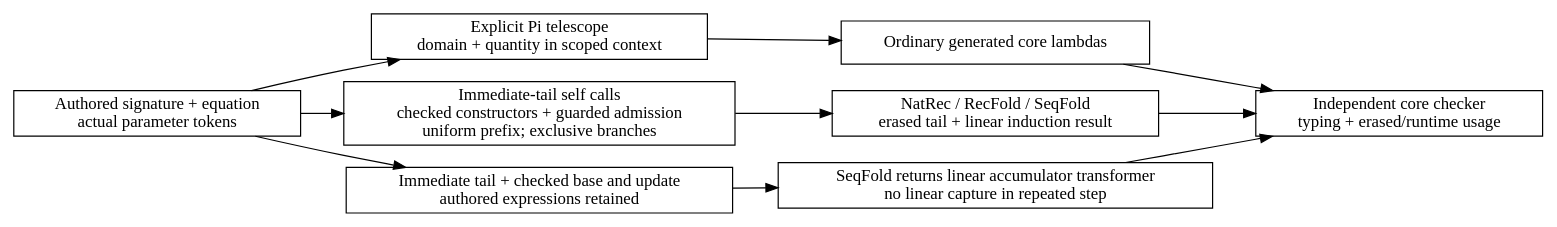
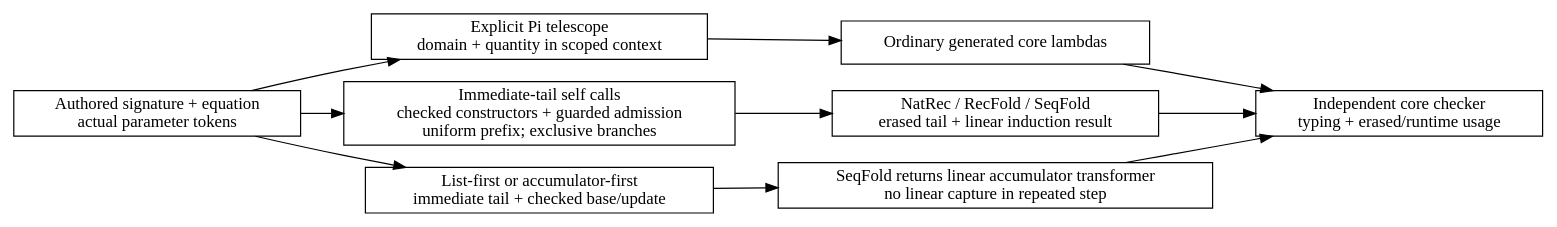
Before and after one commit to odunboye/fibril: the diagram in docs/diagrams/function-equations.dot, drawn with Graphviz. The commit also changed 8 other files, not shown here.

Commit message:
Support accumulator-first structural equations

```diff
--- a/docs/diagrams/function-equations.dot
+++ b/docs/diagrams/function-equations.dot
@@ -1,15 +1,15 @@
 digraph FunctionEquations {
   rankdir=LR;
   node [shape=box];
   source [label="Authored signature + equation\nactual parameter tokens"];
   pi [label="Explicit Pi telescope\ndomain + quantity in scoped context"];
   body [label="Ordinary generated core lambdas"];
   structural [label="Immediate-tail self calls\nchecked constructors + guarded admission\nuniform prefix; exclusive branches"];
   fold [label="NatRec / RecFold / SeqFold\nerased tail + linear induction result"];
-  accumulator [label="Immediate tail + checked base and update\nauthored expressions retained"];
+  accumulator [label="List-first or accumulator-first\nimmediate tail + checked base/update"];
   continuation [label="SeqFold returns linear accumulator transformer\nno linear capture in repeated step"];
   check [label="Independent core checker\ntyping + erased/runtime usage"];
   source -> pi -> body -> check;
   source -> structural -> fold -> check;
   source -> accumulator -> continuation -> check;
 }
```
